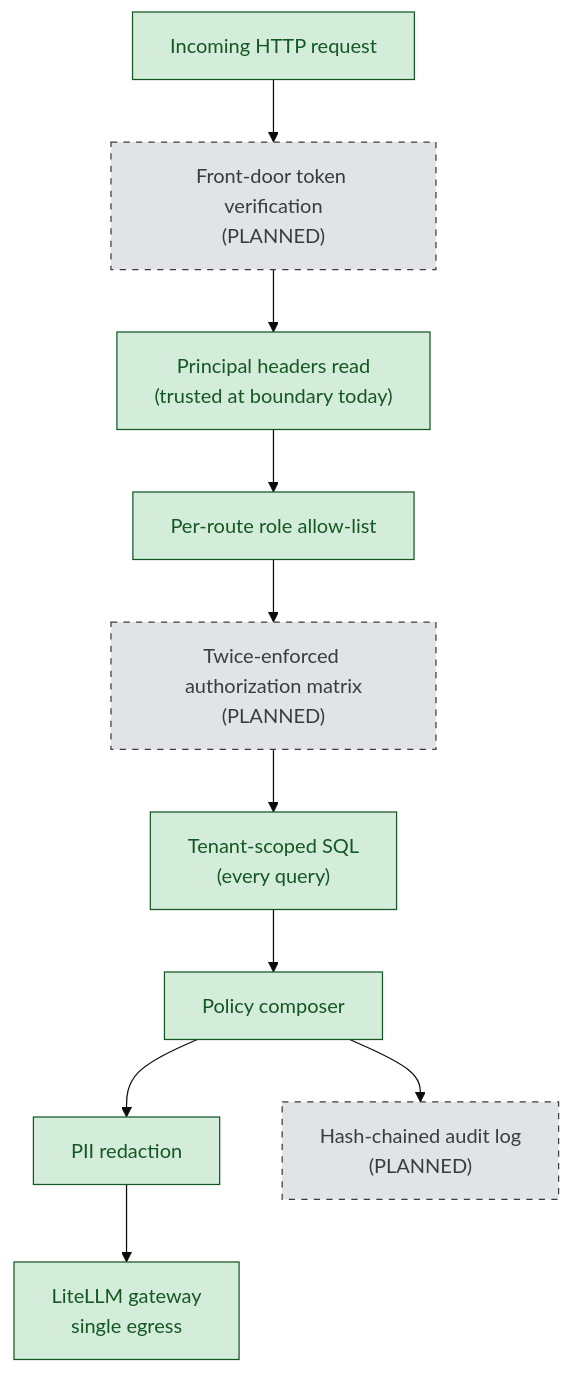
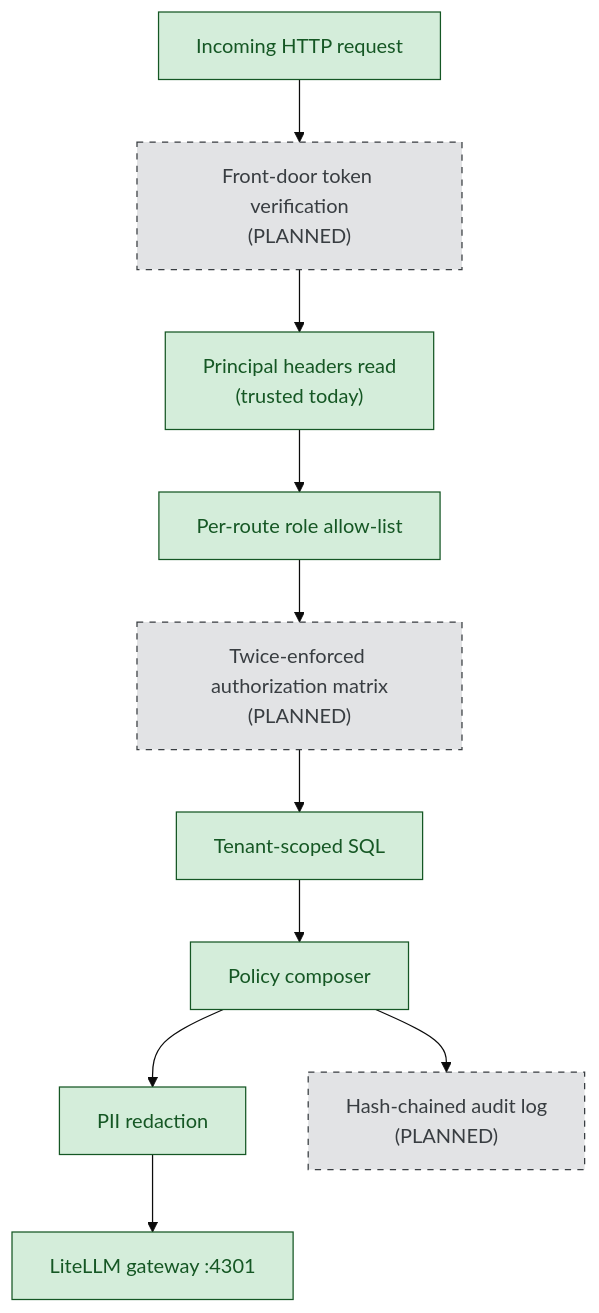
The fifth of 7 diagrams in docs/MANAGEMENT-BRIEFING.md (Kevinparashar/One-ops-NextGen), drawn with Mermaid (base theme) before and after one commit. The commit also changed other lines of this file and 1 other file, not shown here.

````diff
--- a/docs/MANAGEMENT-BRIEFING.md
+++ b/docs/MANAGEMENT-BRIEFING.md
@@ -231,22 +286,19 @@
 ```mermaid
 flowchart TD
     classDef shipped fill:#d4edda,stroke:#155724,color:#155724
     classDef planned fill:#e2e3e5,stroke:#383d41,color:#383d41,stroke-dasharray:5 5
 
     REQ["Incoming HTTP request"]:::shipped
     JWT["Front-door token verification<br/>(PLANNED)"]:::planned
-    HEAD["Principal headers read<br/>(trusted at boundary today)"]:::shipped
+    HEAD["Principal headers read<br/>(trusted today)"]:::shipped
     ROLE["Per-route role allow-list"]:::shipped
     RBAC["Twice-enforced authorization matrix<br/>(PLANNED)"]:::planned
-    TENANT["Tenant-scoped SQL<br/>(every query)"]:::shipped
+    TENANT["Tenant-scoped SQL"]:::shipped
     POLICY["Policy composer"]:::shipped
     PII["PII redaction"]:::shipped
-    LLM["LiteLLM gateway<br/>single egress"]:::shipped
+    LLM["LiteLLM gateway :4301"]:::shipped
     AUDIT["Hash-chained audit log<br/>(PLANNED)"]:::planned
 
-    REQ --> JWT
-    JWT --> HEAD --> ROLE
-    ROLE --> RBAC
-    RBAC --> TENANT --> POLICY --> PII --> LLM
+    REQ --> JWT --> HEAD --> ROLE --> RBAC --> TENANT --> POLICY --> PII --> LLM
     POLICY --> AUDIT
 ```
````
